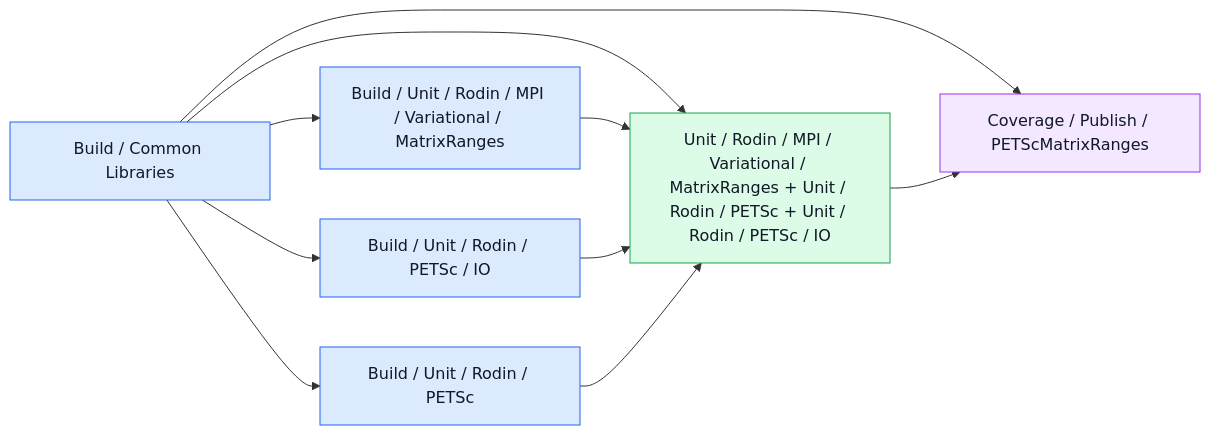
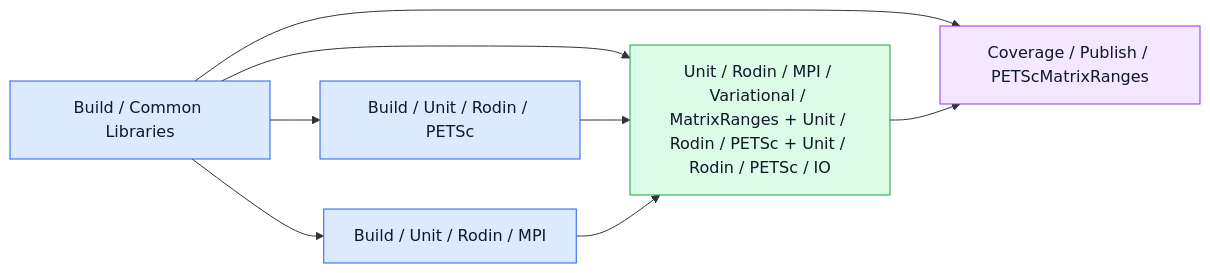
Before and after one commit to cbritopacheco/rodin: the diagram in .github/ci/graphs/ranges_complex.md, drawn with Mermaid. The commit also changed 31 other files, not shown here.

````diff
--- a/.github/ci/graphs/ranges_complex.md
+++ b/.github/ci/graphs/ranges_complex.md
@@ -11,21 +11,18 @@
 ```mermaid
 flowchart LR
     Common["Build / Common Libraries"]:::build
-    b_347310df662ebb56["Build / Unit / Rodin / MPI / Variational / MatrixRanges"]:::build
+    b_c1bc7e84d44b7de8["Build / Unit / Rodin / MPI"]:::build
     b_a2c40791b7670c5d["Build / Unit / Rodin / PETSc"]:::build
-    b_543a4d59daa2ec69["Build / Unit / Rodin / PETSc / IO"]:::build
     e_f5a2fd27664628c4["Unit / Rodin / MPI / Variational / MatrixRanges + Unit / Rodin / PETSc + Unit / Rodin / PETSc / IO"]:::execution
     Publish_PETScMatrixRanges["Coverage / Publish / PETScMatrixRanges"]:::coverage
-    Common --> b_347310df662ebb56
+    Common --> b_c1bc7e84d44b7de8
     Common --> b_a2c40791b7670c5d
-    Common --> b_543a4d59daa2ec69
     Common --> e_f5a2fd27664628c4
-    b_347310df662ebb56 --> e_f5a2fd27664628c4
-    b_543a4d59daa2ec69 --> e_f5a2fd27664628c4
     b_a2c40791b7670c5d --> e_f5a2fd27664628c4
+    b_c1bc7e84d44b7de8 --> e_f5a2fd27664628c4
     Common --> Publish_PETScMatrixRanges
     e_f5a2fd27664628c4 --> Publish_PETScMatrixRanges
     classDef build fill:#dbeafe,stroke:#2563eb,color:#111827
     classDef execution fill:#dcfce7,stroke:#16a34a,color:#111827
     classDef coverage fill:#f3e8ff,stroke:#9333ea,color:#111827
 ```
````
